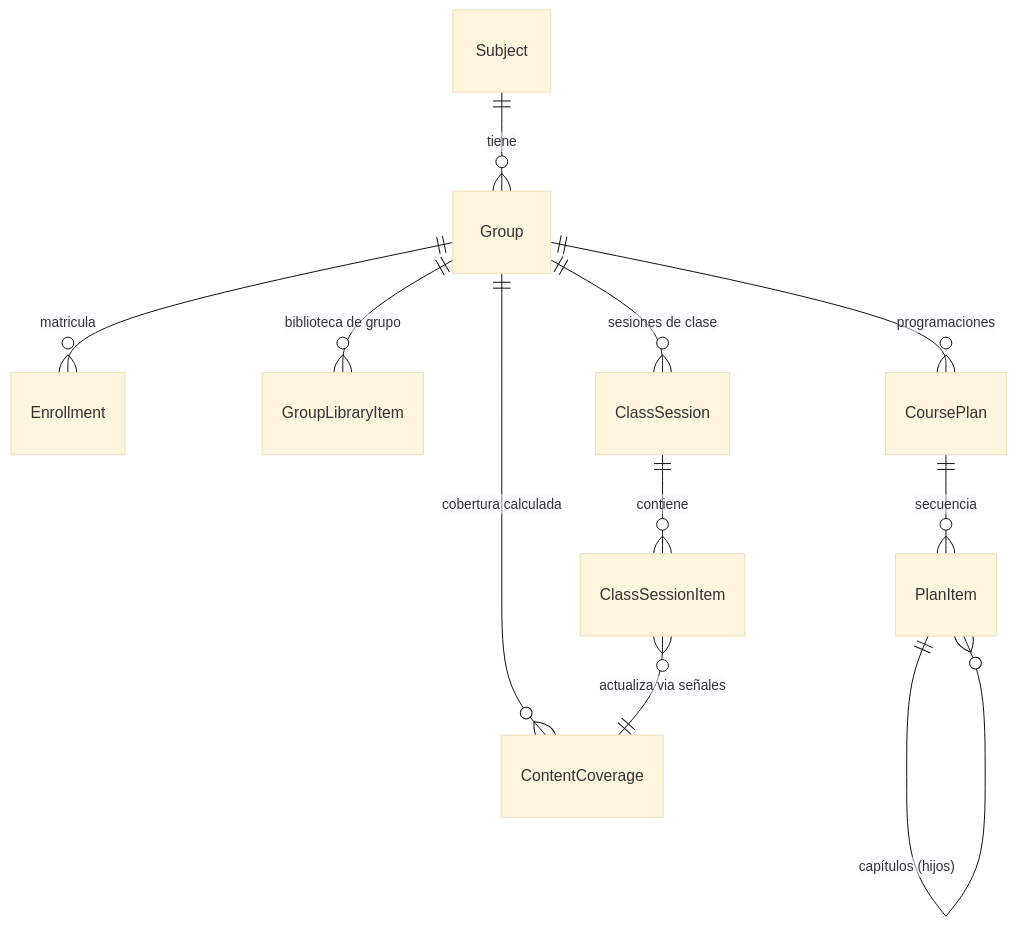
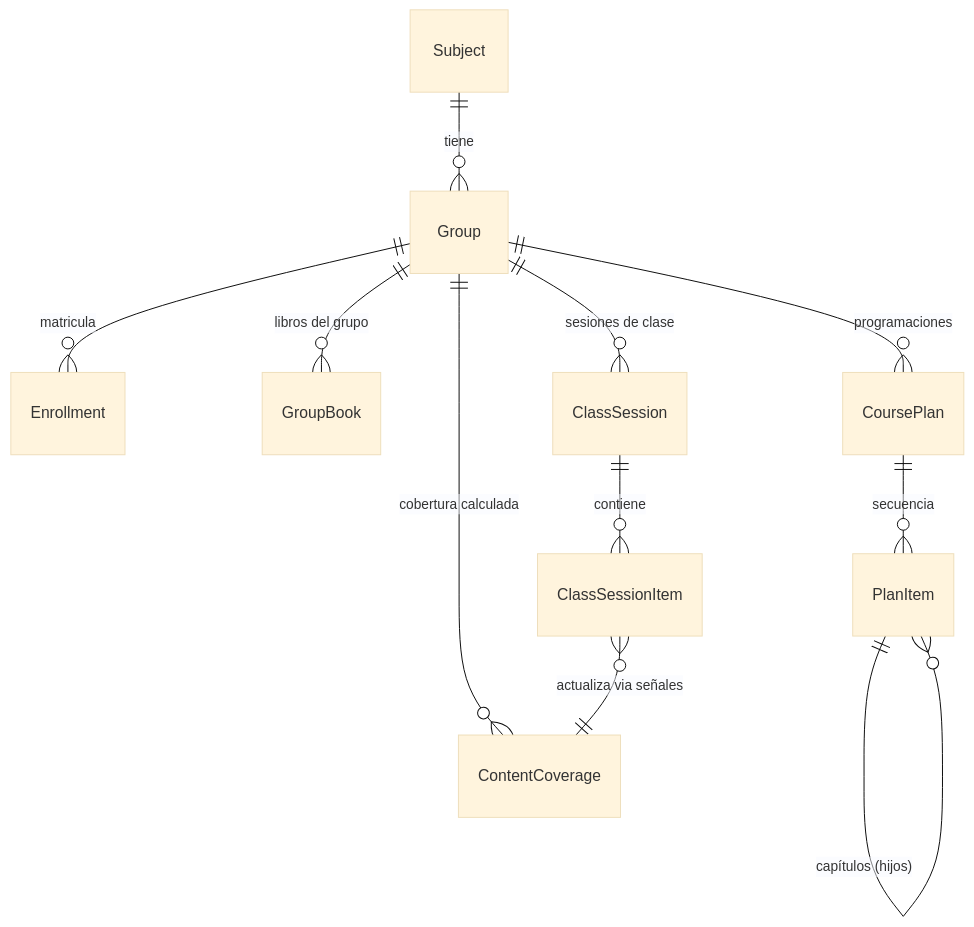
The second of 2 diagrams in documentacion/tecnica/arquitectura.md (deleyva/app-martina), drawn with Mermaid (base theme) before and after one commit. The commit also changed 48 other files, not shown here.

First line of the commit message:
Fase 89: fuera la biblioteca de grupo (GroupLibraryItem) y los mazos (LibraryDeck)

````diff
--- a/documentacion/tecnica/arquitectura.md
+++ b/documentacion/tecnica/arquitectura.md
@@ -42,13 +42,13 @@
 ```mermaid
 erDiagram
     Subject ||--o{ Group : tiene
     Group ||--o{ Enrollment : matricula
-    Group ||--o{ GroupLibraryItem : "biblioteca de grupo"
+    Group ||--o{ GroupBook : "libros del grupo"
     Group ||--o{ ClassSession : "sesiones de clase"
     ClassSession ||--o{ ClassSessionItem : contiene
     Group ||--o{ CoursePlan : "programaciones"
     CoursePlan ||--o{ PlanItem : secuencia
     PlanItem ||--o{ PlanItem : "capítulos (hijos)"
     Group ||--o{ ContentCoverage : "cobertura calculada"
     ClassSessionItem }o--|| ContentCoverage : "actualiza via señales"
 ```
````
